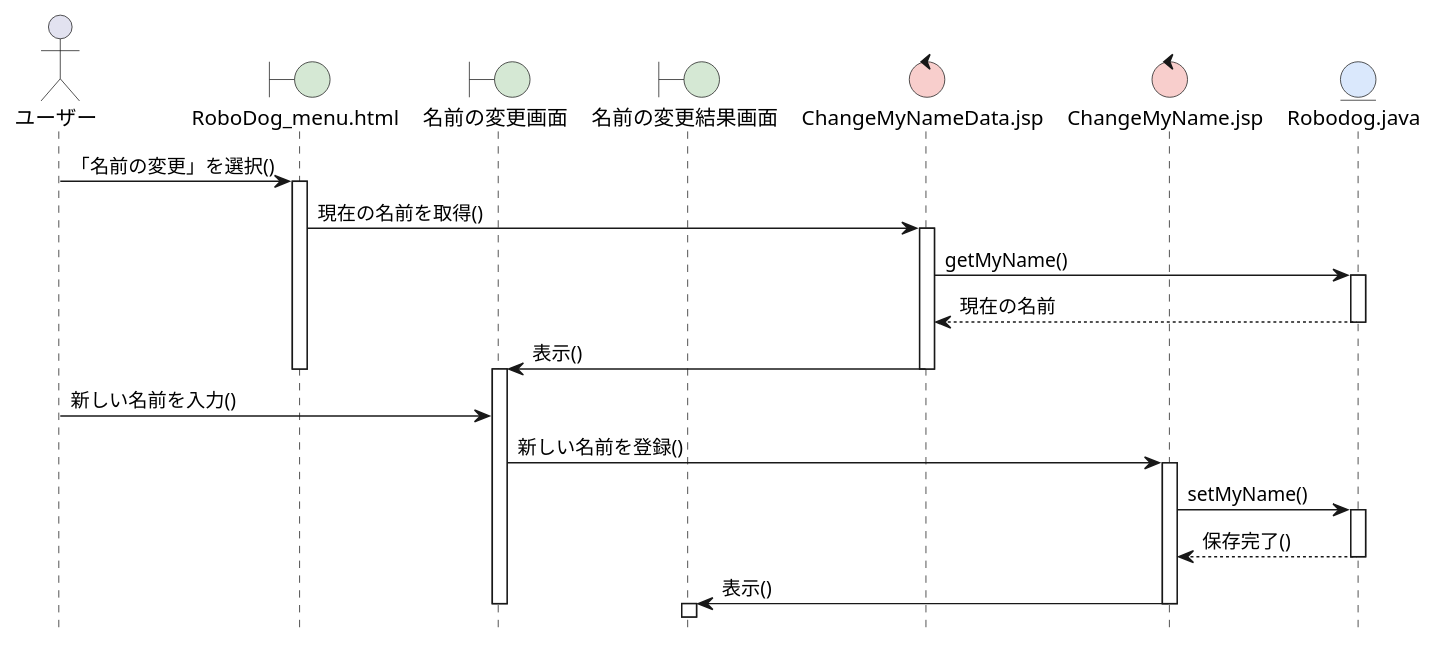
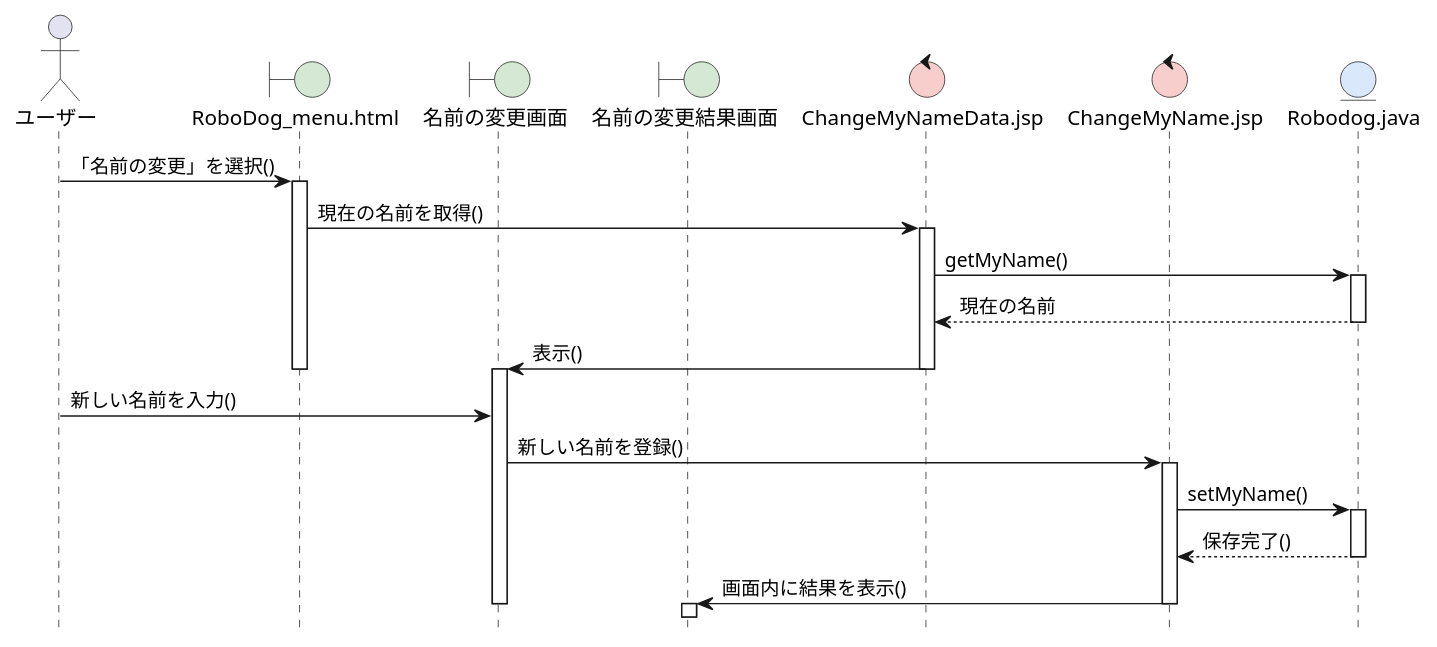
The diagram in 06_robo_dog/06_robo_dog/sequence_01_change_name.pu (MatsuR1ku/ohara_UML), drawn with PlantUML before and after one commit. The commit also changed 3 other files, not shown here.

```diff
--- a/06_robo_dog/06_robo_dog/sequence_01_change_name.pu
+++ b/06_robo_dog/06_robo_dog/sequence_01_change_name.pu
@@ -1,43 +1,43 @@
 @startuml RoboDogシステム-名前変更シーケンス図
 hide footbox
 skinparam boundaryBackgroundColor #D5E8D4
 skinparam controlBackgroundColor  #F8CECC
 skinparam entityBackgroundColor   #DAE8FC
 
 actor ユーザー as A
 boundary "RoboDog_menu.html" as B1
 boundary 名前の変更画面 as B2
 boundary 名前の変更結果画面 as B3
 control "ChangeMyNameData.jsp" as C1
 control "ChangeMyName.jsp" as C2
 entity "Robodog.java" as E
 
 A -> B1: 「名前の変更」を選択()
 activate B1
 
 B1 -> C1: 現在の名前を取得()
 activate C1
 C1 -> E: getMyName()
 activate E
 E --> C1: 現在の名前
 deactivate E
 C1 -> B2: 表示()
 deactivate C1
 deactivate B1
 activate B2
 
 A -> B2: 新しい名前を入力()
 
 B2 -> C2: 新しい名前を登録()
 activate C2
 C2 -> E: setMyName()
 activate E
 E --> C2: 保存完了()
 deactivate E
 
-C2 -> B3: 表示()
+C2 -> B3: 画面内に結果を表示()
 deactivate C2
 deactivate B2
 activate B3
 
 @enduml
```
